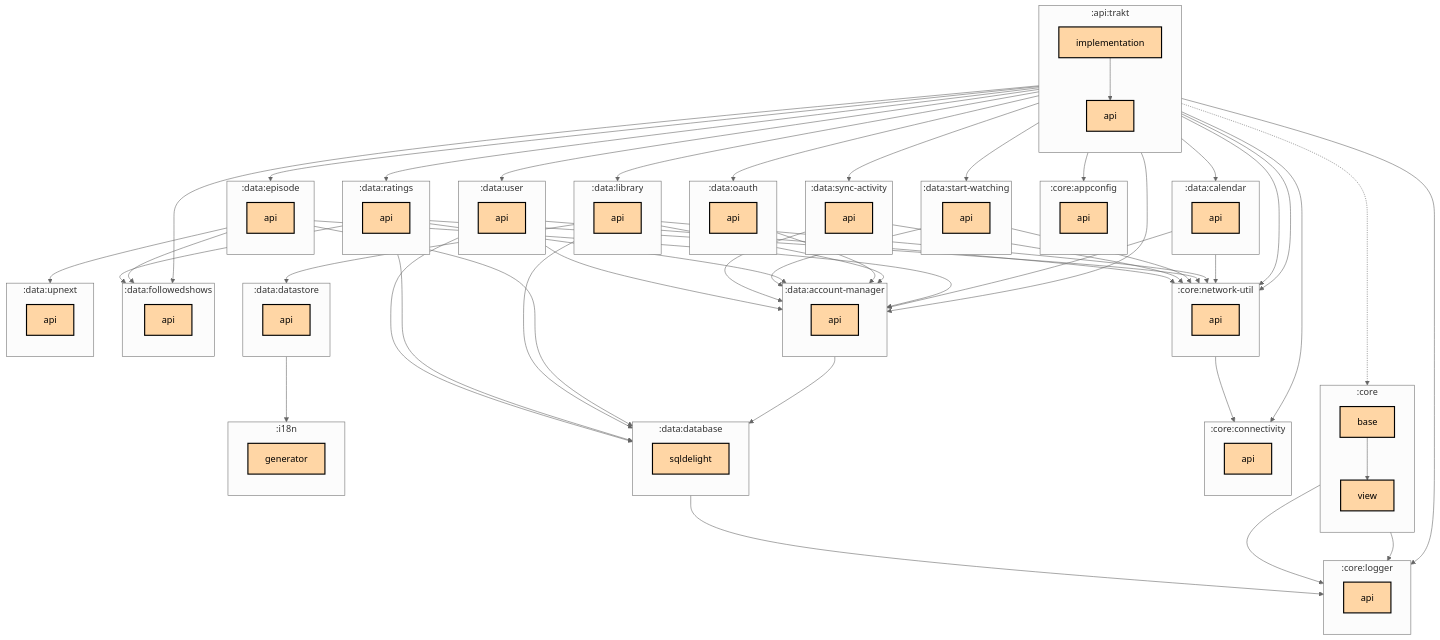
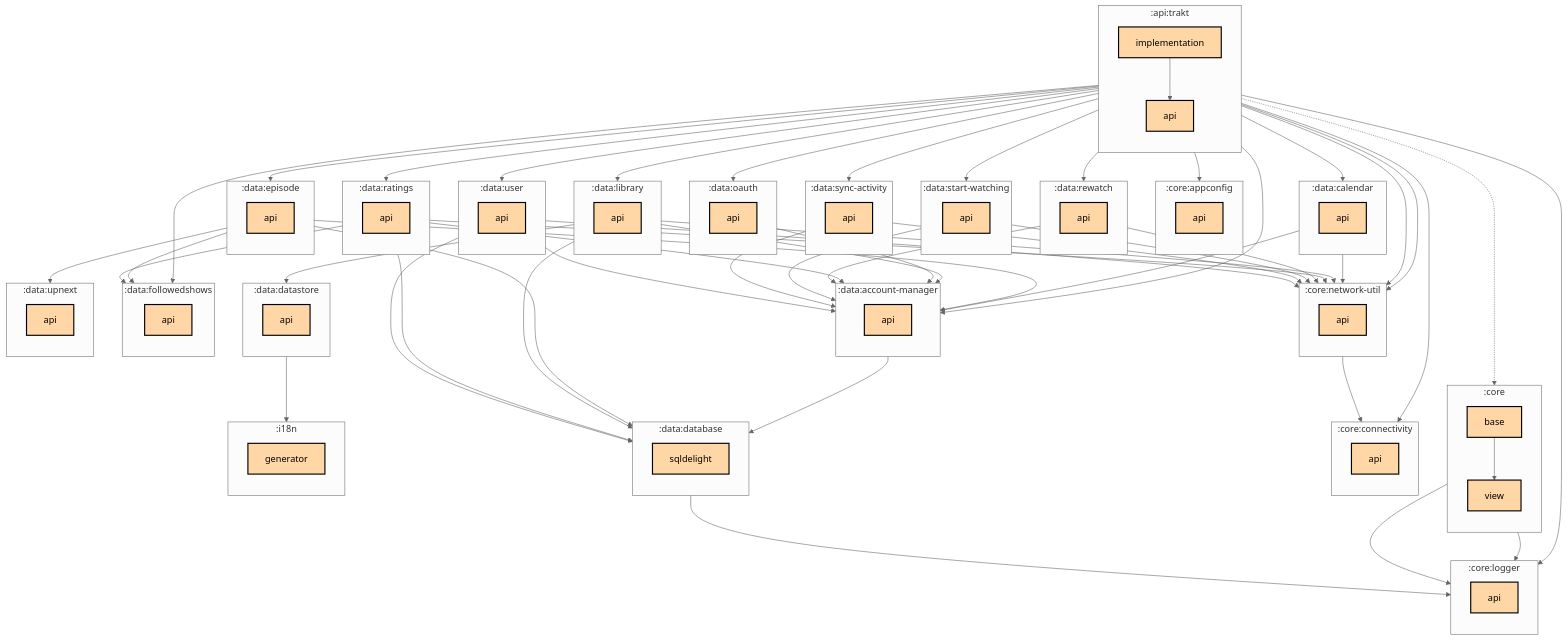
The first of 2 diagrams in api/trakt/implementation/README.md (thomaskioko/tv-maniac), drawn with Mermaid (neutral theme) before and after one commit. The commit also changed 7 other files, not shown here.

Commit message:
Update the module graphs for the rewatch modules

```diff
--- a/api/trakt/implementation/README.md
+++ b/api/trakt/implementation/README.md
@@ -67,6 +67,10 @@
     direction TB
     :data:ratings:api[api]:::multiplatform
   end
+  subgraph :data:rewatch
+    direction TB
+    :data:rewatch:api[api]:::multiplatform
+  end
   subgraph :data:start-watching
     direction TB
     :data:start-watching:api[api]:::multiplatform
@@ -102,6 +106,7 @@
   :api:trakt:implementation --> :data:library:api
   :api:trakt:implementation --> :data:oauth:api
   :api:trakt:implementation --> :data:ratings:api
+  :api:trakt:implementation --> :data:rewatch:api
   :api:trakt:implementation --> :data:start-watching:api
   :api:trakt:implementation --> :data:sync-activity:api
   :api:trakt:implementation --> :data:user:api
@@ -127,6 +132,8 @@
   :data:ratings:api --> :data:account-manager:api
   :data:ratings:api --> :data:database:sqldelight
   :data:ratings:api --> :data:followedshows:api
+  :data:rewatch:api --> :core:network-util:api
+  :data:rewatch:api --> :data:account-manager:api
   :data:start-watching:api --> :core:network-util:api
   :data:start-watching:api --> :data:account-manager:api
   :data:sync-activity:api --> :core:network-util:api
```
